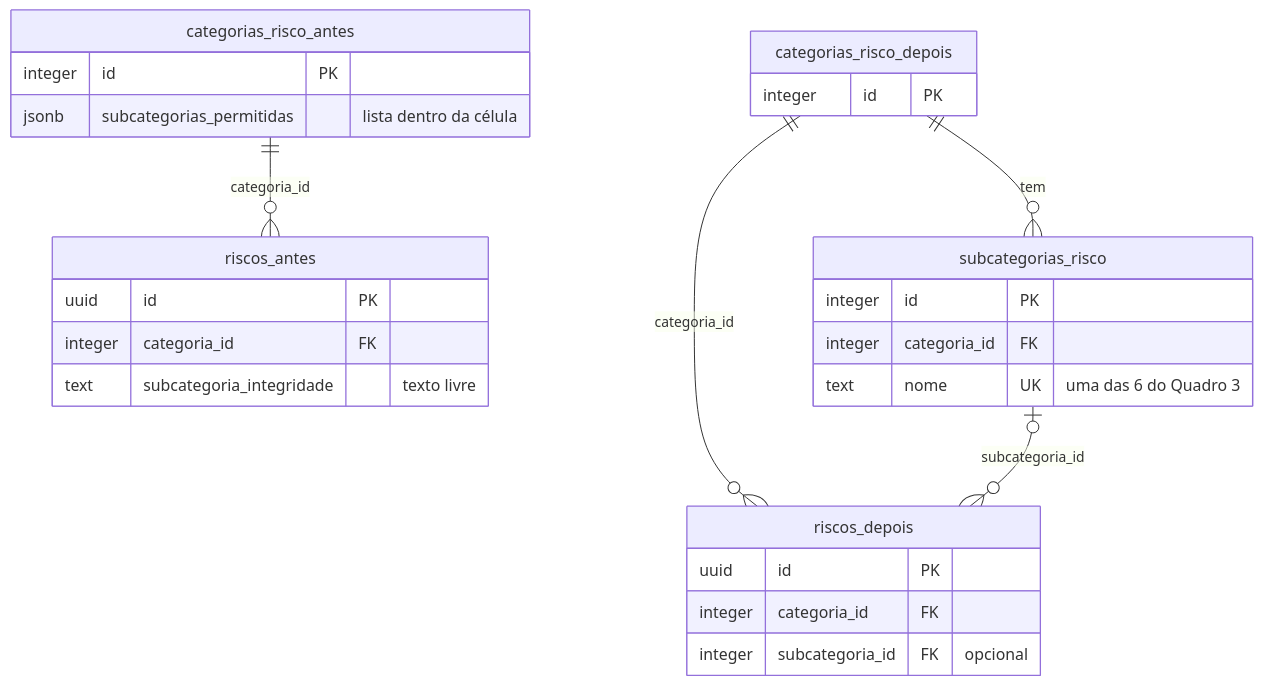
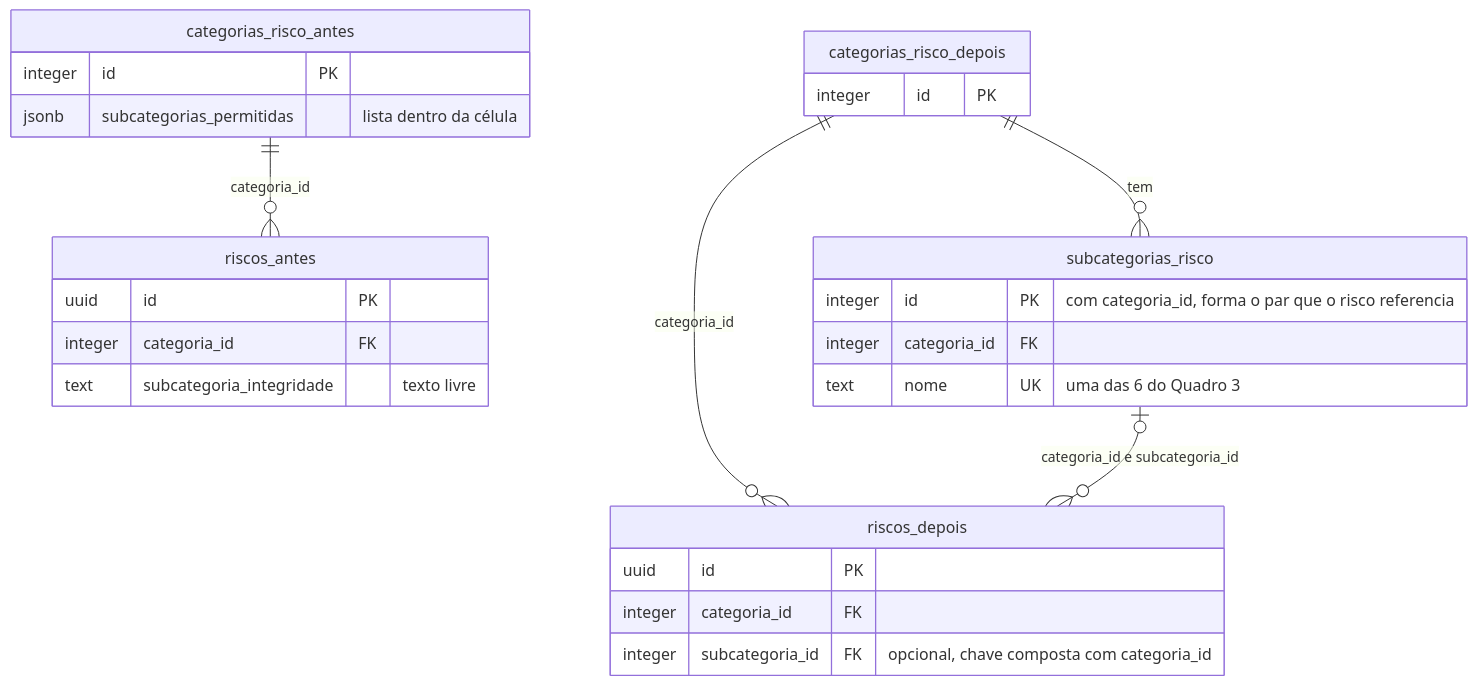
One commit to lpchagas/cgov-riscos changed the first of 7 diagrams in docs/40-nivel4-dados/normalizacao.md. Above: the diagram before and after it, drawn with Mermaid. The commit also changed other lines of this file and 4 other files, not shown here.

````diff
--- a/docs/40-nivel4-dados/normalizacao.md
+++ b/docs/40-nivel4-dados/normalizacao.md
@@ -76,32 +76,32 @@
 ```mermaid
 erDiagram
     %% ANTES
     categorias_risco_antes {
         integer id PK
         jsonb subcategorias_permitidas "lista dentro da célula"
     }
     riscos_antes {
         uuid id PK
         integer categoria_id FK
         text subcategoria_integridade "texto livre"
     }
     categorias_risco_antes ||--o{ riscos_antes : "categoria_id"
 
     %% DEPOIS
     categorias_risco_depois {
         integer id PK
     }
     subcategorias_risco {
-        integer id PK
+        integer id PK "com categoria_id, forma o par que o risco referencia"
         integer categoria_id FK
         text nome UK "uma das 6 do Quadro 3"
     }
     riscos_depois {
         uuid id PK
         integer categoria_id FK
-        integer subcategoria_id FK "opcional"
+        integer subcategoria_id FK "opcional, chave composta com categoria_id"
     }
     categorias_risco_depois ||--o{ subcategorias_risco : "tem"
     categorias_risco_depois ||--o{ riscos_depois : "categoria_id"
-    subcategorias_risco |o--o{ riscos_depois : "subcategoria_id"
+    subcategorias_risco |o--o{ riscos_depois : "categoria_id e subcategoria_id"
 ```
````
